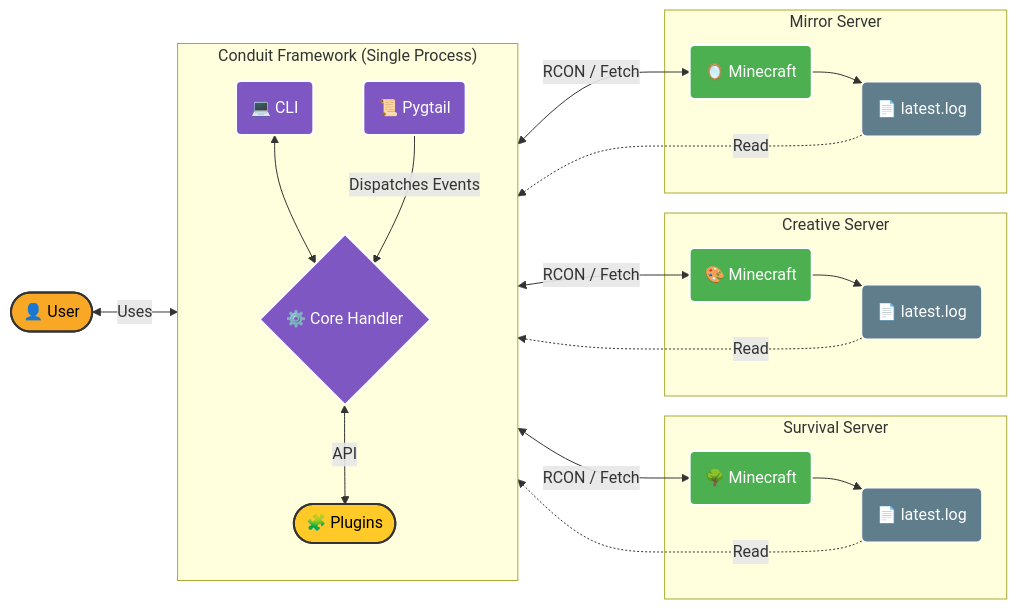
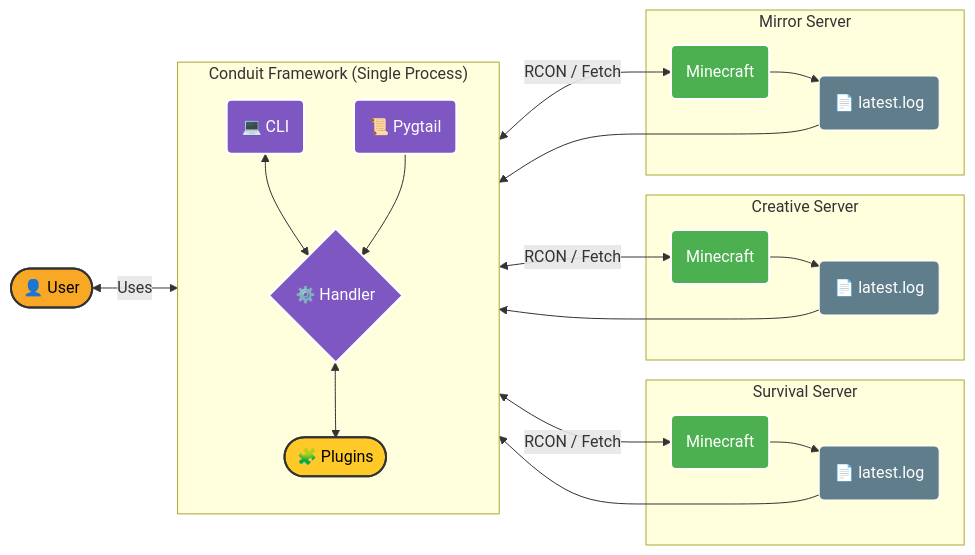
One commit to 1attila/test changed the first of 2 diagrams in README.md. Above: the diagram before and after it, drawn with Mermaid.

Commit message:
Update README.md to reflect handler changes

````diff
--- a/README.md
+++ b/README.md
@@ -71,53 +71,53 @@
 ```mermaid
 flowchart LR
     %% Colors and Styles
     classDef user fill:#f9a826,stroke:#333,stroke-width:2px,color:#000;
     classDef conduit fill:#7e57c2,stroke:#fff,stroke-width:2px,color:#fff;
     classDef plugin fill:#ffca28,stroke:#333,stroke-width:2px,color:#000;
     classDef mc fill:#4caf50,stroke:#fff,stroke-width:2px,color:#fff;
     classDef log fill:#607d8b,stroke:#fff,stroke-width:1px,color:#fff;
 
     U([👤 User]):::user
 
     subgraph ConduitSystem["Conduit Framework (Single Process)"]
         direction TB
         CLI(💻 CLI):::conduit
-        Core{⚙️ Core Handler}:::conduit
+        Handler{⚙️ Handler}:::conduit
         Plug([🧩 Plugins]):::plugin
         Tail(📜 Pygtail):::conduit
     end
 
     %% User Interaction
     U <-->|Uses| CLI
-    CLI <--> Core
-    Core <-->|API| Plug
-    Tail -->|Dispatches Events| Core
+    CLI <--> Handler
+    Handler <--> Plug
+    Tail --> Handler
 
     %% Servers
     subgraph S1["Survival Server"]
-        MC1(🌳 Minecraft):::mc
+        MC1(Minecraft):::mc
         L1(📄 latest.log):::log
         MC1 --> L1
     end
 
     subgraph S2 ["Creative Server"]
-        MC2(🎨 Minecraft):::mc
+        MC2(Minecraft):::mc
         L2(📄 latest.log):::log
         MC2 --> L2
     end
 
     subgraph S3 ["Mirror Server"]
-        MC3(🪞 Minecraft):::mc
+        MC3(Minecraft):::mc
         L3(📄 latest.log):::log
         MC3 --> L3
     end
 
     %% Connections
-    L1 -.->|Read| Tail
-    L2 -.->|Read| Tail
-    L3 -.->|Read| Tail
+    L1 --> Tail
+    L2 --> Tail
+    L3 --> Tail
 
-    Core <-->|RCON / Fetch| MC1
-    Core <-->|RCON / Fetch| MC2
-    Core <-->|RCON / Fetch| MC3
+    Handler <-->|RCON / Fetch| MC1
+    Handler <-->|RCON / Fetch| MC2
+    Handler <-->|RCON / Fetch| MC3
 ```
````
